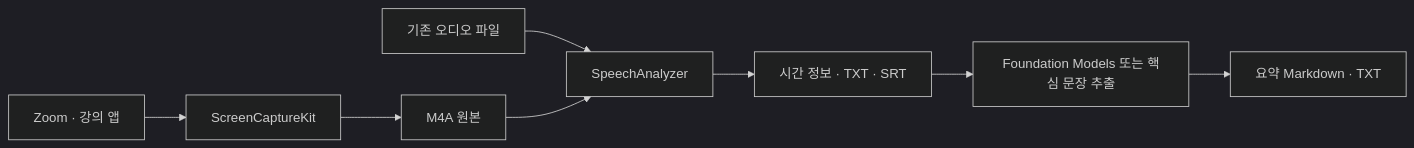
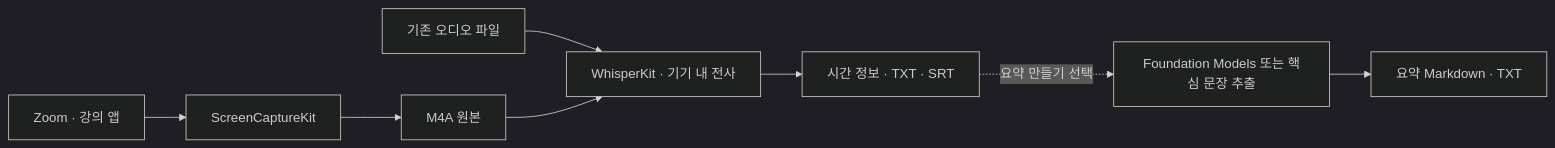
Before and after one commit to nowjinpark/LectureScribe: the diagram in README.md, drawn with Mermaid (dark theme). The commit also changed other lines of this file and 28 other files, not shown here.

````diff
--- a/README.md
+++ b/README.md
@@ -80,10 +74,10 @@
 ```mermaid
 flowchart LR
     A[Zoom · 강의 앱] --> B[ScreenCaptureKit]
     B --> C[M4A 원본]
-    D[기존 오디오 파일] --> E[SpeechAnalyzer]
+    D[기존 오디오 파일] --> E[WhisperKit · 기기 내 전사]
     C --> E
     E --> F[시간 정보 · TXT · SRT]
-    F --> G[Foundation Models 또는 핵심 문장 추출]
+    F -. 요약 만들기 선택 .-> G[Foundation Models 또는 핵심 문장 추출]
     G --> H[요약 Markdown · TXT]
 ```
````
